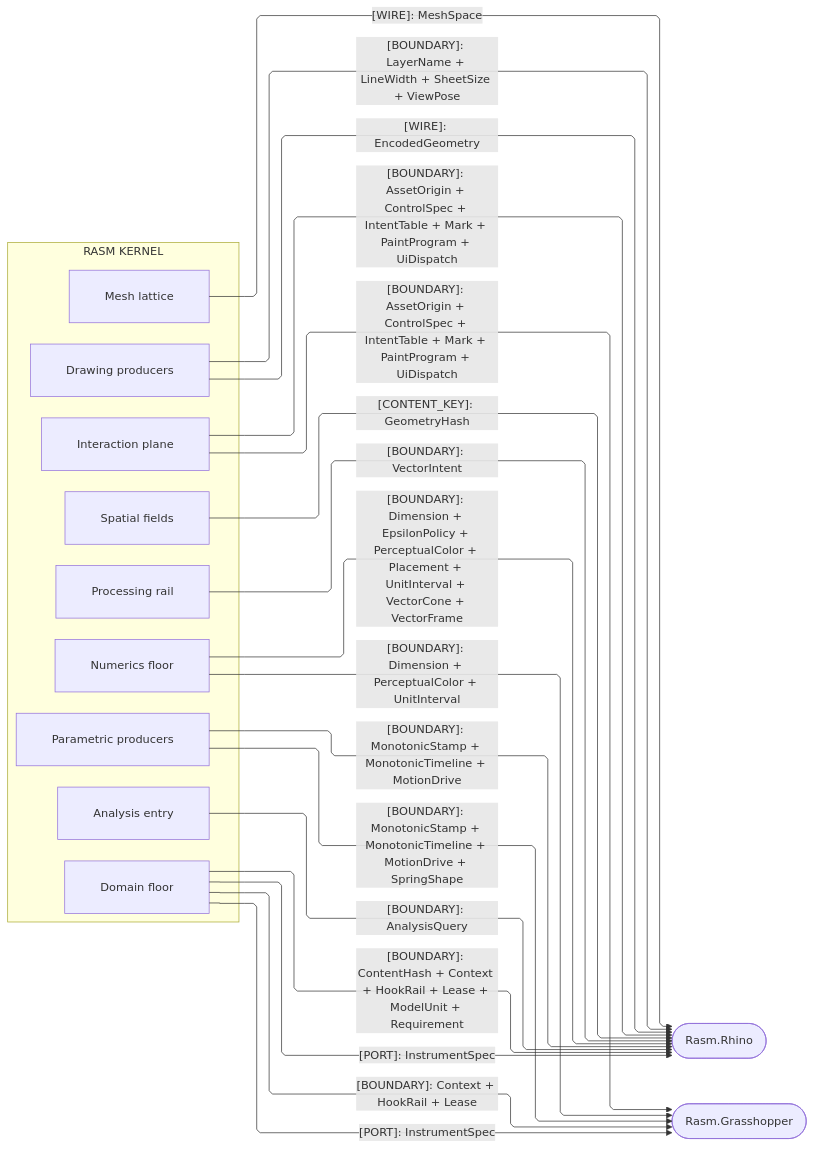
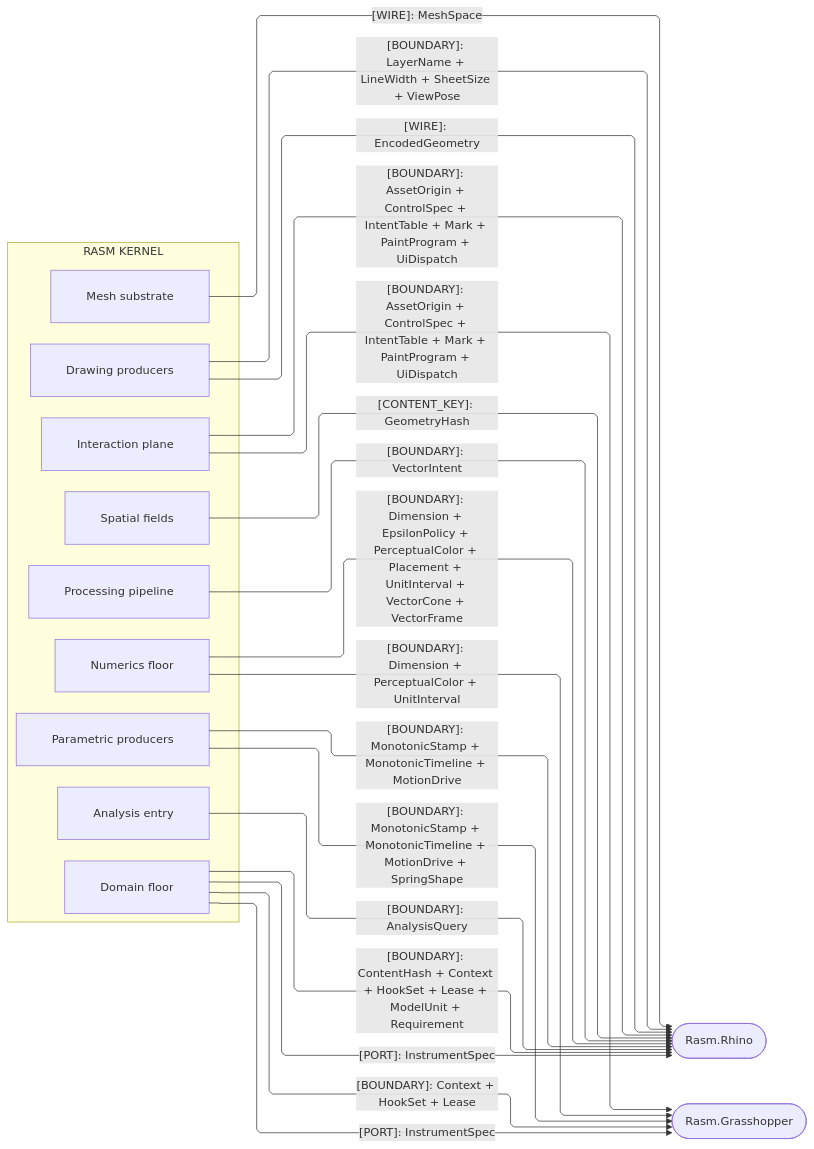
Before and after one commit to bsamiee/Rasm: the fourth of 4 diagrams in libs/dotnet/Rasm/ARCHITECTURE.md, drawn with Mermaid. The commit also changed other lines of this file and 1997 other files, not shown here.

First line of the commit message:
docs: rename rail to result and seam to boundary across the corpus

````diff
--- a/libs/dotnet/Rasm/ARCHITECTURE.md
+++ b/libs/dotnet/Rasm/ARCHITECTURE.md
@@ -282,41 +282,41 @@
 ```mermaid
 ---
 config:
   layout: elk
   flowchart:
     curve: linear
     padding: 25
 ---
 flowchart LR
-    accTitle: Kernel host-UI boundary seams
+    accTitle: Kernel host-UI boundary crossings
     accDescr: Which boundary shapes, ports, wires, and keys the kernel hands one-way down to the Rhino and Grasshopper host packages.
     subgraph rasm[RASM KERNEL]
         Domain[Domain floor]
         Numerics[Numerics floor]
         Spatial[Spatial fields]
-        Meshing[Mesh lattice]
+        Meshing[Mesh substrate]
         Parametric[Parametric producers]
-        Processing[Processing rail]
+        Processing[Processing pipeline]
         Drawing[Drawing producers]
         Analysis[Analysis entry]
         Interaction[Interaction plane]
     end
     Rhino([Rasm.Rhino])
     Grasshopper([Rasm.Grasshopper])
-    Domain e1@-->|"[BOUNDARY]: ContentHash + Context + HookRail + Lease + ModelUnit + Requirement"| Rhino
+    Domain e1@-->|"[BOUNDARY]: ContentHash + Context + HookSet + Lease + ModelUnit + Requirement"| Rhino
     Domain e2@-->|"[PORT]: InstrumentSpec"| Rhino
-    Domain e3@-->|"[BOUNDARY]: Context + HookRail + Lease"| Grasshopper
+    Domain e3@-->|"[BOUNDARY]: Context + HookSet + Lease"| Grasshopper
     Domain e4@-->|"[PORT]: InstrumentSpec"| Grasshopper
     Numerics e5@-->|"[BOUNDARY]: Dimension + EpsilonPolicy + PerceptualColor + Placement + UnitInterval + VectorCone + VectorFrame"| Rhino
     Numerics e6@-->|"[BOUNDARY]: Dimension + PerceptualColor + UnitInterval"| Grasshopper
     Spatial e7@-->|"[CONTENT_KEY]: GeometryHash"| Rhino
     Meshing e8@-->|"[WIRE]: MeshSpace"| Rhino
     Parametric e9@-->|"[BOUNDARY]: MonotonicStamp + MonotonicTimeline + MotionDrive"| Rhino
     Parametric e10@-->|"[BOUNDARY]: MonotonicStamp + MonotonicTimeline + MotionDrive + SpringShape"| Grasshopper
     Processing e11@-->|"[BOUNDARY]: VectorIntent"| Rhino
     Drawing e12@-->|"[BOUNDARY]: LayerName + LineWidth + SheetSize + ViewPose"| Rhino
     Drawing e13@-->|"[WIRE]: EncodedGeometry"| Rhino
     Analysis e14@-->|"[BOUNDARY]: AnalysisQuery"| Rhino
     Interaction e15@-->|"[BOUNDARY]: AssetOrigin + ControlSpec + IntentTable + Mark + PaintProgram + UiDispatch"| Rhino
     Interaction e16@-->|"[BOUNDARY]: AssetOrigin + ControlSpec + IntentTable + Mark + PaintProgram + UiDispatch"| Grasshopper
 ```
````
